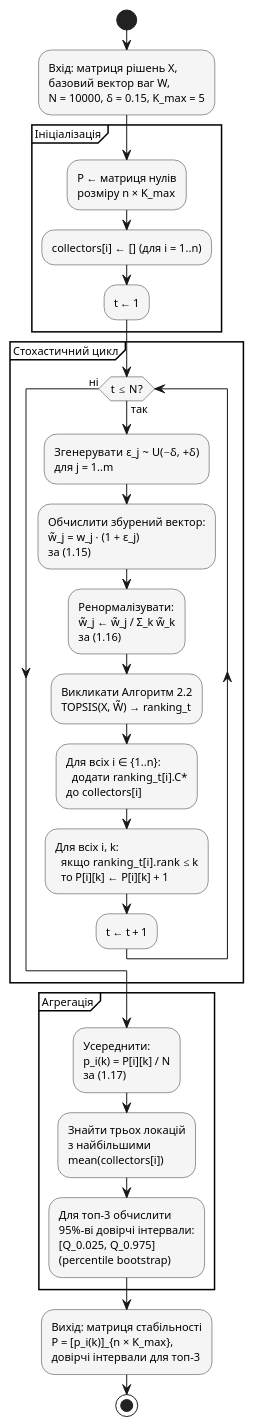
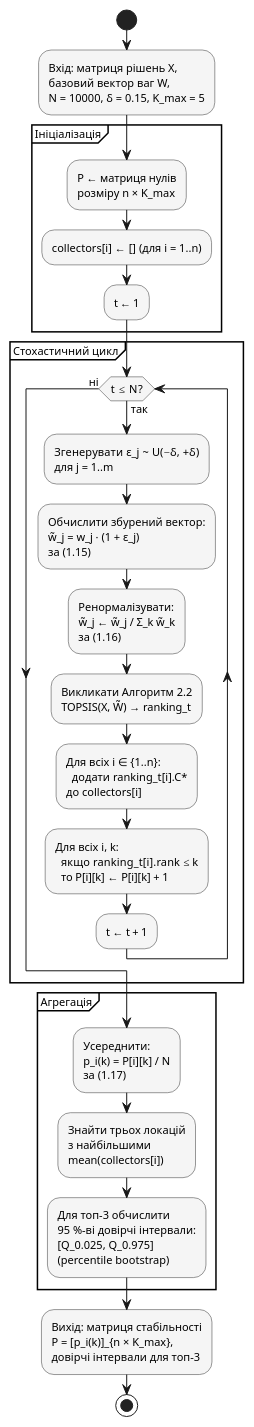
Before and after one commit to volodymyr-semenchenk0/ev-infrastructure-platform: the diagram in docs/chapter2/images/sources/fig_2_11_monte_carlo_activity.puml, drawn with PlantUML. The commit also changed 48 other files, not shown here.

First line of the commit message:
docs(chapter2): restructure chapter 2 sections and plantuml diagrams; update backend tests

```diff
--- a/docs/chapter2/images/sources/fig_2_11_monte_carlo_activity.puml
+++ b/docs/chapter2/images/sources/fig_2_11_monte_carlo_activity.puml
@@ -1,41 +1,41 @@
 @startuml
 ' Рис. 2.11. Діаграма активностей алгоритму Монте-Карло-аналізу чутливості
 skinparam shadowing false
 skinparam defaultFontName "Times New Roman"
 skinparam defaultFontSize 11
 skinparam activity {
     BackgroundColor #f5f5f5
     BorderColor #333333
 }
 
 start
 :Вхід: матриця рішень X,\nбазовий вектор ваг W,\nN = 10000, δ = 0.15, K_max = 5;
 
 partition "Ініціалізація" {
     :P ← матриця нулів\nрозміру n × K_max;
     :collectors[i] ← []  (для i = 1..n);
     :t ← 1;
 }
 
 partition "Стохастичний цикл" {
     while (t ≤ N?) is (так)
         :Згенерувати ε_j ~ U(−δ, +δ)\nдля j = 1..m;
         :Обчислити збурений вектор:\nw̃_j = w_j · (1 + ε_j)\nза (1.15);
         :Ренормалізувати:\nw̃_j ← w̃_j / Σ_k w̃_k\nза (1.16);
         :Викликати Алгоритм 2.2\nTOPSIS(X, W̃) → ranking_t;
         :Для всіх i ∈ {1..n}:\n  додати ranking_t[i].C*\nдо collectors[i];
         :Для всіх i, k:\n  якщо ranking_t[i].rank ≤ k\n  то P[i][k] ← P[i][k] + 1;
         :t ← t + 1;
     endwhile (ні)
 }
 
 partition "Агрегація" {
     :Усереднити:\np_i(k) = P[i][k] / N\nза (1.17);
     :Знайти трьох локацій\nз найбільшими\nmean(collectors[i]);
-    :Для топ-3 обчислити\n95%-ві довірчі інтервали:\n[Q_0.025, Q_0.975]\n(percentile bootstrap);
+    :Для топ-3 обчислити\n95 %-ві довірчі інтервали:\n[Q_0.025, Q_0.975]\n(percentile bootstrap);
 }
 
 :Вихід: матриця стабільності\nP = [p_i(k)]_{n × K_max},\nдовірчі інтервали для топ-3;
 stop
 
 @enduml
```
